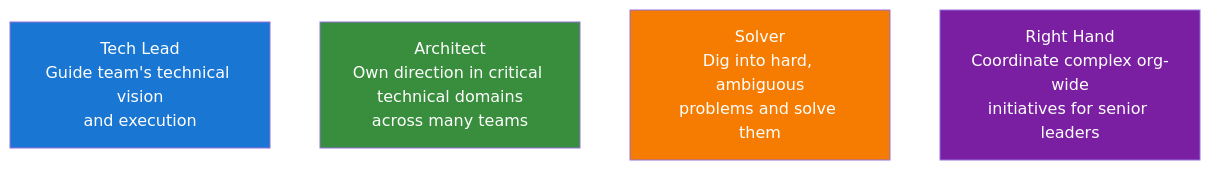
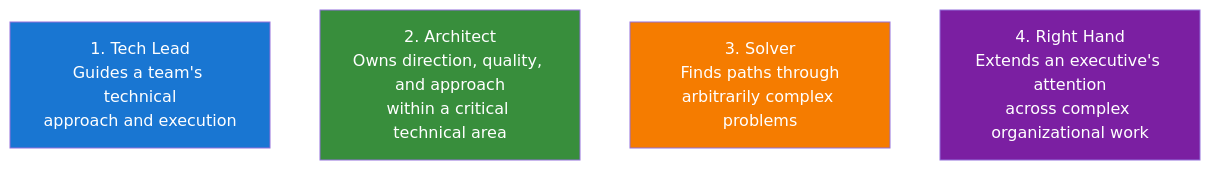
One commit to nitinkc/PrincipalEngineer_InterviewGuide changed the first of 3 diagrams in docs/07-technical-leadership.md. Above: the diagram before and after it, drawn with Mermaid. The commit also changed other lines of this file and 27 other files, not shown here.

````diff
--- a/docs/07-technical-leadership.md
+++ b/docs/07-technical-leadership.md
@@ -26,12 +37,12 @@
 ```mermaid
 graph TD
-    TL[Tech Lead\nGuide team's technical vision\nand execution]
-    AR[Architect\nOwn direction in critical technical domains\nacross many teams]
-    SO[Solver\nDig into hard, ambiguous\nproblems and solve them]
-    RM[Right Hand\nCoordinate complex org-wide\ninitiatives for senior leaders]
+    TL["1. Tech Lead<br/>Guides a team's technical<br/>approach and execution"]
+    AR["2. Architect<br/>Owns direction, quality, and approach<br/>within a critical technical area"]
+    SO["3. Solver<br/>Finds paths through<br/>arbitrarily complex problems"]
+    RH["4. Right Hand<br/>Extends an executive's attention<br/>across complex organizational work"]
 
     style TL fill:#1976D2,color:#fff
     style AR fill:#388E3C,color:#fff
     style SO fill:#F57C00,color:#fff
-    style RM fill:#7B1FA2,color:#fff
+    style RH fill:#7B1FA2,color:#fff
 ```
````
